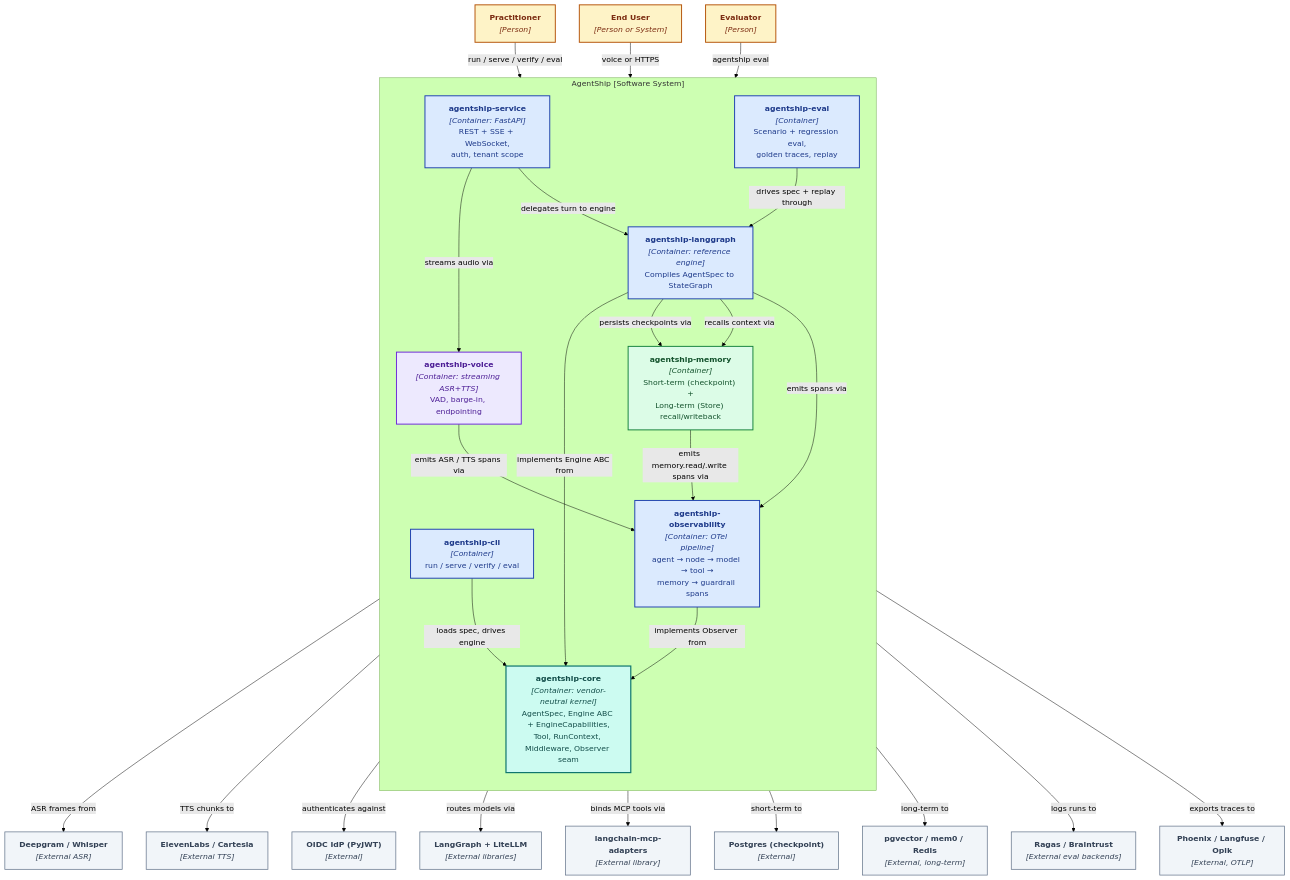
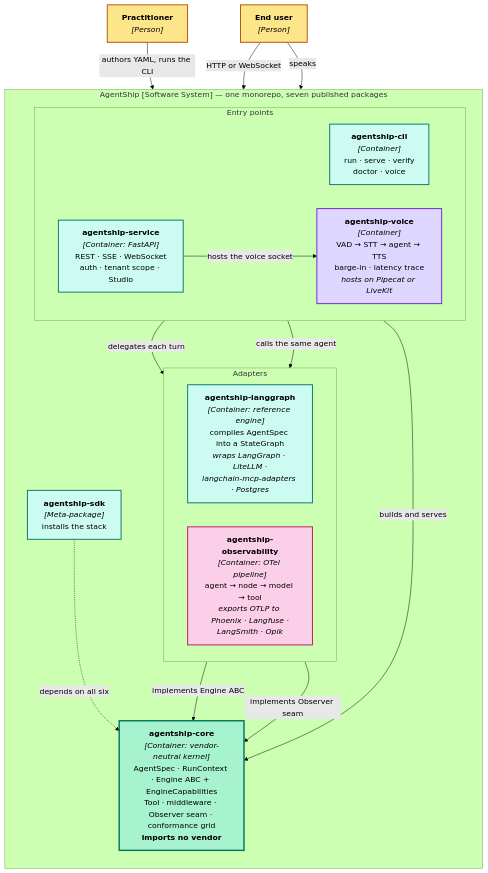
Before and after one commit to Agent-Ship/agent-ship: the diagram in figures/capability-grid.mmd, drawn with Mermaid (forest theme). The commit also changed other lines of this file and 9 other files, not shown here.

First line of the commit message:
docs(paper): redraw the C4 figures, and stop drawing software that does not exist

```diff
--- a/figures/capability-grid.mmd
+++ b/figures/capability-grid.mmd
@@ -1,59 +1,59 @@
-%% Figure 2 — C4 Container: AgentShip full-vision harness.
-%% Render:  mmdc -i figures/capability-grid.mmd -o figures/capability-grid.png -b white -s 3 -c figures/mermaid-config.json
+%% Figure 2 — C4 Level 2 (Containers): the seven installable packages.
+%% -
+%% Render:
+%%   mmdc -i figures/capability-grid.mmd -o figures/capability-grid.png \
+%%        -b white -s 3 -c figures/mermaid-config.json
+%% -
+%% Notation matches Figure 1. Every container shown here is a package that EXISTS and is
+%% published; the previous version of this figure drew `agentship-eval` and
+%% `agentship-memory` as containers, and neither has been written. A paper figure claiming
+%% software that does not exist is the one mistake a reviewer is certain to catch, so
+%% planned work is stated in the text instead of drawn as though it shipped.
+%% -
+%% Layout is deliberately layered rather than free: callers on top, the kernel at the
+%% bottom, adapters between. The earlier free layout crossed twenty edges over eight
+%% containers and could not be read at any print size.
 flowchart TB
-  classDef person    fill:#fef3c7,stroke:#b45309,stroke-width:2px,color:#7c2d12
-  classDef container fill:#dbeafe,stroke:#1e40af,stroke-width:2px,color:#1e3a8a
-  classDef kernel    fill:#ccfbf1,stroke:#0f766e,stroke-width:2.5px,color:#134e4a
-  classDef voice_c   fill:#ede9fe,stroke:#6d28d9,stroke-width:2px,color:#4c1d95
-  classDef mem_c     fill:#dcfce7,stroke:#15803d,stroke-width:2px,color:#14532d
-  classDef ext       fill:#f1f5f9,stroke:#64748b,stroke-width:1.5px,color:#334155
+  classDef person  fill:#FDE68A,stroke:#B45309,stroke-width:2px,color:#000000
+  classDef kernel  fill:#A7F3D0,stroke:#047857,stroke-width:3px,color:#000000
+  classDef pkg     fill:#CCFBF1,stroke:#0F766E,stroke-width:2px,color:#000000
+  classDef voice   fill:#DDD6FE,stroke:#6D28D9,stroke-width:2px,color:#000000
+  classDef obs     fill:#FBCFE8,stroke:#BE185D,stroke-width:2px,color:#000000
+  classDef ext     fill:#E5E7EB,stroke:#4B5563,stroke-width:2px,color:#000000
 
   P1["<b>Practitioner</b><br/><i>[Person]</i>"]:::person
-  P2["<b>End User</b><br/><i>[Person or System]</i>"]:::person
-  P3["<b>Evaluator</b><br/><i>[Person]</i>"]:::person
+  P2["<b>End user</b><br/><i>[Person]</i>"]:::person
 
-  subgraph BOUND["AgentShip [Software System]"]
+  subgraph SYS["AgentShip [Software System] — one monorepo, seven published packages"]
     direction TB
-    CLI["<b>agentship-cli</b><br/><i>[Container]</i><br/>run / serve / verify / eval"]:::container
-    SVC["<b>agentship-service</b><br/><i>[Container: FastAPI]</i><br/>REST + SSE + WebSocket,<br/>auth, tenant scope"]:::container
-    VOICE["<b>agentship-voice</b><br/><i>[Container: streaming ASR+TTS]</i><br/>VAD, barge-in, endpointing"]:::voice_c
-    ENG["<b>agentship-langgraph</b><br/><i>[Container: reference engine]</i><br/>Compiles AgentSpec to StateGraph"]:::container
-    MEM["<b>agentship-memory</b><br/><i>[Container]</i><br/>Short-term (checkpoint) +<br/>Long-term (Store) recall/writeback"]:::mem_c
-    EVAL["<b>agentship-eval</b><br/><i>[Container]</i><br/>Scenario + regression eval,<br/>golden traces, replay"]:::container
-    OBS["<b>agentship-observability</b><br/><i>[Container: OTel pipeline]</i><br/>agent → node → model → tool →<br/>memory → guardrail spans"]:::container
-    CORE["<b>agentship-core</b><br/><i>[Container: vendor-neutral kernel]</i><br/>AgentSpec, Engine ABC + EngineCapabilities,<br/>Tool, RunContext, Middleware, Observer seam"]:::kernel
+
+    subgraph ENTRY["Entry points"]
+      direction LR
+      CLI["<b>agentship-cli</b><br/><i>[Container]</i><br/>run · serve · verify<br/>doctor · voice"]:::pkg
+      SVC["<b>agentship-service</b><br/><i>[Container: FastAPI]</i><br/>REST · SSE · WebSocket<br/>auth · tenant scope · Studio"]:::pkg
+      VOI["<b>agentship-voice</b><br/><i>[Container]</i><br/>VAD → STT → agent → TTS<br/>barge-in · latency trace<br/><i>hosts on Pipecat or LiveKit</i>"]:::voice
+    end
+
+    subgraph ADAPT["Adapters"]
+      direction LR
+      ENG["<b>agentship-langgraph</b><br/><i>[Container: reference engine]</i><br/>compiles AgentSpec into a StateGraph<br/><i>wraps LangGraph · LiteLLM ·<br/>langchain-mcp-adapters · Postgres</i>"]:::pkg
+      OBS["<b>agentship-observability</b><br/><i>[Container: OTel pipeline]</i><br/>agent → node → model → tool<br/><i>exports OTLP to Phoenix · Langfuse ·<br/>LangSmith · Opik</i>"]:::obs
+    end
+
+    CORE["<b>agentship-core</b><br/><i>[Container: vendor-neutral kernel]</i><br/>AgentSpec · RunContext · Engine ABC + EngineCapabilities<br/>Tool · middleware · Observer seam · conformance grid<br/><b>imports no vendor</b>"]:::kernel
+
+    SDK["<b>agentship-sdk</b><br/><i>[Meta-package]</i><br/>installs the stack"]:::pkg
   end
 
-  V1["<b>Deepgram / Whisper</b><br/><i>[External ASR]</i>"]:::ext
-  V2["<b>ElevenLabs / Cartesia</b><br/><i>[External TTS]</i>"]:::ext
-  E1["<b>LangGraph + LiteLLM</b><br/><i>[External libraries]</i>"]:::ext
-  E2["<b>langchain-mcp-adapters</b><br/><i>[External library]</i>"]:::ext
-  E3["<b>Phoenix / Langfuse / Opik</b><br/><i>[External, OTLP]</i>"]:::ext
-  E4["<b>Postgres (checkpoint)</b><br/><i>[External]</i>"]:::ext
-  E5["<b>pgvector / mem0 / Redis</b><br/><i>[External, long-term]</i>"]:::ext
-  E6["<b>Ragas / Braintrust</b><br/><i>[External eval backends]</i>"]:::ext
-  E7["<b>OIDC IdP (PyJWT)</b><br/><i>[External]</i>"]:::ext
 
-  P1 -->|run / serve / verify / eval| CLI
-  P2 -->|voice or HTTPS| SVC
-  P3 -->|agentship eval| CLI
-  SVC -->|streams audio via| VOICE
-  VOICE -->|ASR frames from| V1
-  VOICE -->|TTS chunks to| V2
-  CLI -->|loads spec, drives engine| CORE
-  SVC -->|delegates turn to engine| ENG
-  SVC -->|authenticates against| E7
-  ENG -->|implements Engine ABC from| CORE
-  ENG -->|routes models via| E1
-  ENG -->|binds MCP tools via| E2
-  ENG -->|persists checkpoints via| MEM
-  MEM -->|short-term to| E4
-  MEM -->|long-term to| E5
-  ENG -->|recalls context via| MEM
-  EVAL -->|drives spec + replay through| ENG
-  EVAL -->|logs runs to| E6
-  OBS -->|implements Observer from| CORE
-  OBS -->|exports traces to| E3
-  ENG -->|emits spans via| OBS
-  VOICE -->|emits ASR / TTS spans via| OBS
-  MEM -->|emits memory.read/.write spans via| OBS
+  P1 -->|"authors YAML, runs the CLI"| CLI
+  P2 -->|"HTTP or WebSocket"| SVC
+  P2 -->|"speaks"| VOI
+
+  CLI -->|"builds and serves"| CORE
+  SVC -->|"delegates each turn"| ENG
+  SVC -->|"hosts the voice socket"| VOI
+  VOI -->|"calls the same agent"| ENG
+  ENG -->|"implements Engine ABC"| CORE
+  OBS -->|"implements Observer seam"| CORE
+  SDK -.->|"depends on all six"| CORE
```
